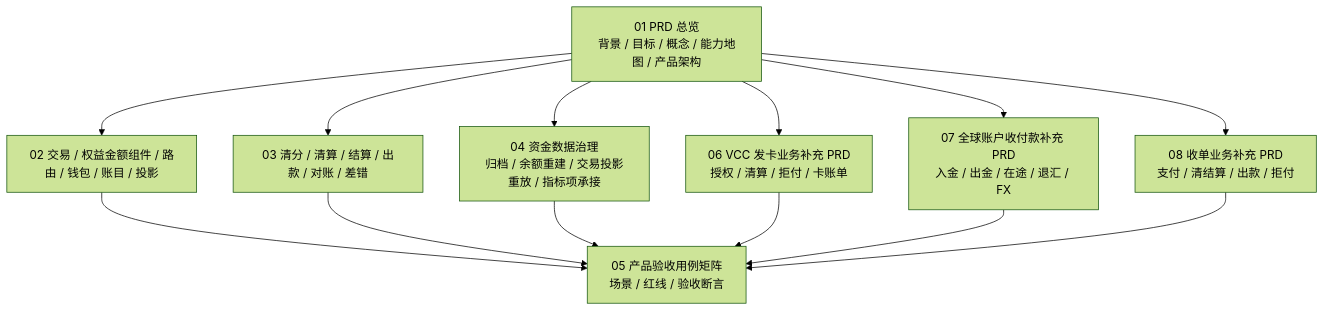
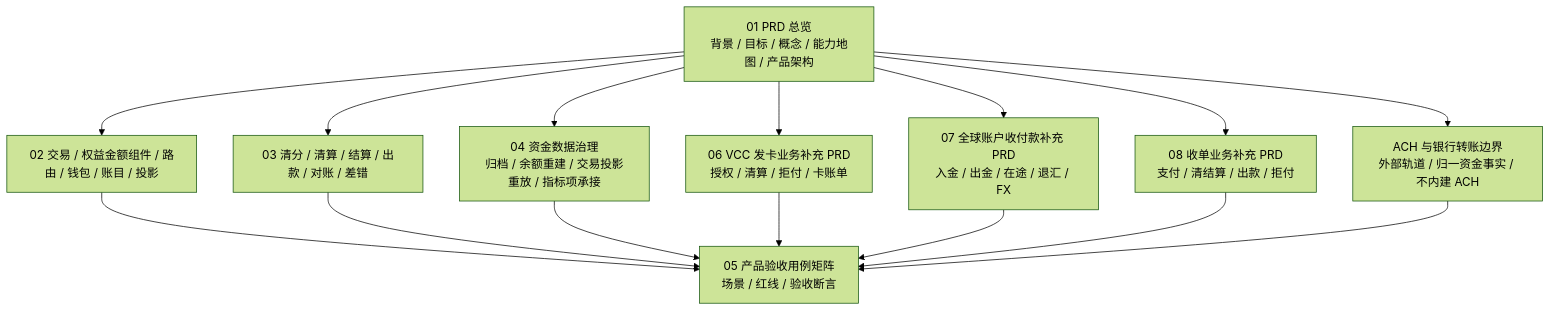
Before and after one commit to fengwuxp/wind-funds: the diagram in docs/产品设计/README.md, drawn with Mermaid (forest theme). The commit also changed other lines of this file and 23 other files, not shown here.

Commit message:
docs: 完善资金底座产品设计图谱

````diff
--- a/docs/产品设计/README.md
+++ b/docs/产品设计/README.md
@@ -56,15 +57,17 @@
 ```mermaid
 flowchart TB
     Overview["01 PRD 总览\n背景 / 目标 / 概念 / 能力地图 / 产品架构"] --> Tx["02 交易 / 权益金额组件 / 路由 / 钱包 / 账目 / 投影"]
     Overview --> Clearing["03 清分 / 清算 / 结算 / 出款 / 对账 / 差错"]
     Overview --> Archive["04 资金数据治理\n归档 / 余额重建 / 交易投影重放 / 指标项承接"]
     Tx --> Matrix["05 产品验收用例矩阵\n场景 / 红线 / 验收断言"]
     Clearing --> Matrix
     Archive --> Matrix
     Overview --> Vcc["06 VCC 发卡业务补充 PRD\n授权 / 清算 / 拒付 / 卡账单"]
     Overview --> Global["07 全球账户收付款补充 PRD\n入金 / 出金 / 在途 / 退汇 / FX"]
     Overview --> Acquiring["08 收单业务补充 PRD\n支付 / 清结算 / 出款 / 拒付"]
+    Overview --> AchBoundary["ACH 与银行转账边界\n外部轨道 / 归一资金事实 / 不内建 ACH"]
     Vcc --> Matrix
     Global --> Matrix
     Acquiring --> Matrix
+    AchBoundary --> Matrix
 ```
````
